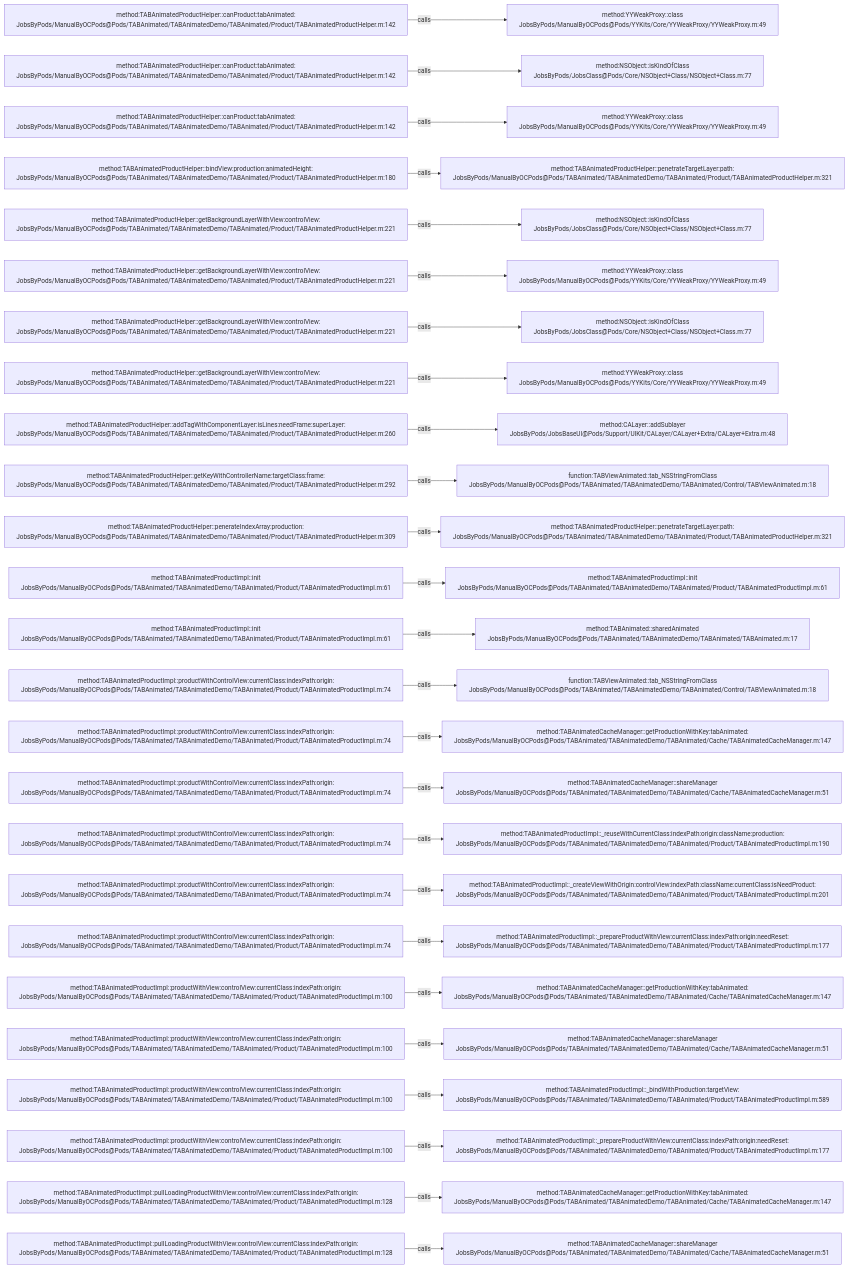
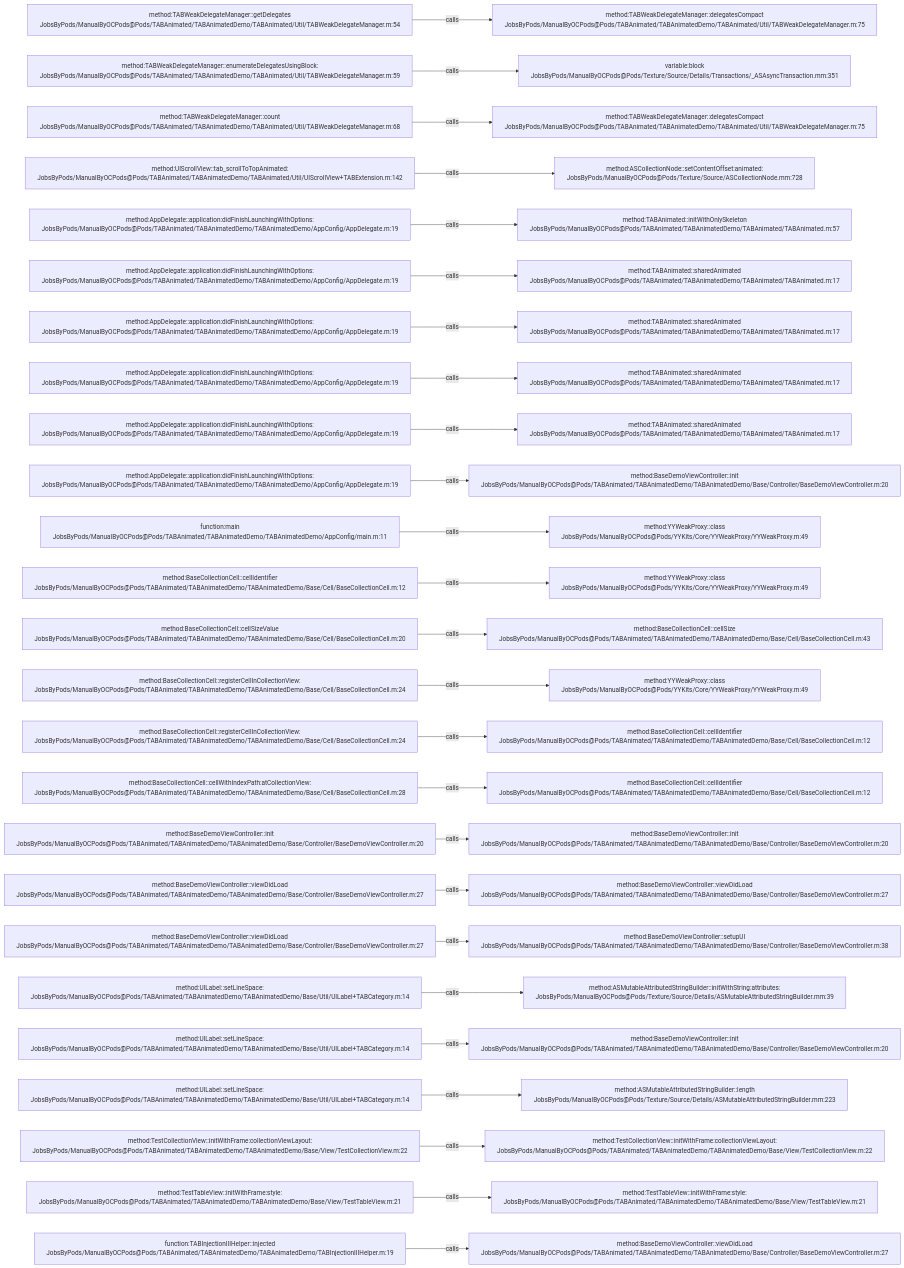
The diagram in .codegraph/codegraph.md/graphs/calls-032.md (JobsKits/JobsOCBaseConfigDemo), drawn with Mermaid before and after one commit. The commit also changed 1448 other files, not shown here.

````diff
--- a/.codegraph/codegraph.md/graphs/calls-032.md
+++ b/.codegraph/codegraph.md/graphs/calls-032.md
@@ -13,78 +13,78 @@
 ```mermaid
 flowchart LR
-  S1["method:TABAnimatedProductHelper::canProduct:tabAnimated:<br/>JobsByPods/ManualByOCPods@Pods/TABAnimated/TABAnimatedDemo/TABAnimated/Product/TABAnimatedProductHelper.m:142"]
-  T1["method:YYWeakProxy::class<br/>JobsByPods/ManualByOCPods@Pods/YYKits/Core/YYWeakProxy/YYWeakProxy.m:49"]
+  S1["method:TABWeakDelegateManager::getDelegates<br/>JobsByPods/ManualByOCPods@Pods/TABAnimated/TABAnimatedDemo/TABAnimated/Util/TABWeakDelegateManager.m:54"]
+  T1["method:TABWeakDelegateManager::delegatesCompact<br/>JobsByPods/ManualByOCPods@Pods/TABAnimated/TABAnimatedDemo/TABAnimated/Util/TABWeakDelegateManager.m:75"]
   S1 -->|calls| T1
-  S2["method:TABAnimatedProductHelper::canProduct:tabAnimated:<br/>JobsByPods/ManualByOCPods@Pods/TABAnimated/TABAnimatedDemo/TABAnimated/Product/TABAnimatedProductHelper.m:142"]
-  T2["method:NSObject::isKindOfClass<br/>JobsByPods/JobsClass@Pods/Core/NSObject+Class/NSObject+Class.m:77"]
+  S2["method:TABWeakDelegateManager::enumerateDelegatesUsingBlock:<br/>JobsByPods/ManualByOCPods@Pods/TABAnimated/TABAnimatedDemo/TABAnimated/Util/TABWeakDelegateManager.m:59"]
+  T2["variable:block<br/>JobsByPods/ManualByOCPods@Pods/Texture/Source/Details/Transactions/_ASAsyncTransaction.mm:351"]
   S2 -->|calls| T2
-  S3["method:TABAnimatedProductHelper::canProduct:tabAnimated:<br/>JobsByPods/ManualByOCPods@Pods/TABAnimated/TABAnimatedDemo/TABAnimated/Product/TABAnimatedProductHelper.m:142"]
-  T3["method:YYWeakProxy::class<br/>JobsByPods/ManualByOCPods@Pods/YYKits/Core/YYWeakProxy/YYWeakProxy.m:49"]
+  S3["method:TABWeakDelegateManager::count<br/>JobsByPods/ManualByOCPods@Pods/TABAnimated/TABAnimatedDemo/TABAnimated/Util/TABWeakDelegateManager.m:68"]
+  T3["method:TABWeakDelegateManager::delegatesCompact<br/>JobsByPods/ManualByOCPods@Pods/TABAnimated/TABAnimatedDemo/TABAnimated/Util/TABWeakDelegateManager.m:75"]
   S3 -->|calls| T3
-  S4["method:TABAnimatedProductHelper::bindView:production:animatedHeight:<br/>JobsByPods/ManualByOCPods@Pods/TABAnimated/TABAnimatedDemo/TABAnimated/Product/TABAnimatedProductHelper.m:180"]
-  T4["method:TABAnimatedProductHelper::penetrateTargetLayer:path:<br/>JobsByPods/ManualByOCPods@Pods/TABAnimated/TABAnimatedDemo/TABAnimated/Product/TABAnimatedProductHelper.m:321"]
+  S4["method:UIScrollView::tab_scrollToTopAnimated:<br/>JobsByPods/ManualByOCPods@Pods/TABAnimated/TABAnimatedDemo/TABAnimated/Util/UIScrollView+TABExtension.m:142"]
+  T4["method:ASCollectionNode::setContentOffset:animated:<br/>JobsByPods/ManualByOCPods@Pods/Texture/Source/ASCollectionNode.mm:728"]
   S4 -->|calls| T4
-  S5["method:TABAnimatedProductHelper::getBackgroundLayerWithView:controlView:<br/>JobsByPods/ManualByOCPods@Pods/TABAnimated/TABAnimatedDemo/TABAnimated/Product/TABAnimatedProductHelper.m:221"]
-  T5["method:NSObject::isKindOfClass<br/>JobsByPods/JobsClass@Pods/Core/NSObject+Class/NSObject+Class.m:77"]
+  S5["method:AppDelegate::application:didFinishLaunchingWithOptions:<br/>JobsByPods/ManualByOCPods@Pods/TABAnimated/TABAnimatedDemo/TABAnimatedDemo/AppConfig/AppDelegate.m:19"]
+  T5["method:TABAnimated::initWithOnlySkeleton<br/>JobsByPods/ManualByOCPods@Pods/TABAnimated/TABAnimatedDemo/TABAnimated/TABAnimated.m:57"]
   S5 -->|calls| T5
-  S6["method:TABAnimatedProductHelper::getBackgroundLayerWithView:controlView:<br/>JobsByPods/ManualByOCPods@Pods/TABAnimated/TABAnimatedDemo/TABAnimated/Product/TABAnimatedProductHelper.m:221"]
-  T6["method:YYWeakProxy::class<br/>JobsByPods/ManualByOCPods@Pods/YYKits/Core/YYWeakProxy/YYWeakProxy.m:49"]
+  S6["method:AppDelegate::application:didFinishLaunchingWithOptions:<br/>JobsByPods/ManualByOCPods@Pods/TABAnimated/TABAnimatedDemo/TABAnimatedDemo/AppConfig/AppDelegate.m:19"]
+  T6["method:TABAnimated::sharedAnimated<br/>JobsByPods/ManualByOCPods@Pods/TABAnimated/TABAnimatedDemo/TABAnimated/TABAnimated.m:17"]
   S6 -->|calls| T6
-  S7["method:TABAnimatedProductHelper::getBackgroundLayerWithView:controlView:<br/>JobsByPods/ManualByOCPods@Pods/TABAnimated/TABAnimatedDemo/TABAnimated/Product/TABAnimatedProductHelper.m:221"]
-  T7["method:NSObject::isKindOfClass<br/>JobsByPods/JobsClass@Pods/Core/NSObject+Class/NSObject+Class.m:77"]
+  S7["method:AppDelegate::application:didFinishLaunchingWithOptions:<br/>JobsByPods/ManualByOCPods@Pods/TABAnimated/TABAnimatedDemo/TABAnimatedDemo/AppConfig/AppDelegate.m:19"]
+  T7["method:TABAnimated::sharedAnimated<br/>JobsByPods/ManualByOCPods@Pods/TABAnimated/TABAnimatedDemo/TABAnimated/TABAnimated.m:17"]
   S7 -->|calls| T7
-  S8["method:TABAnimatedProductHelper::getBackgroundLayerWithView:controlView:<br/>JobsByPods/ManualByOCPods@Pods/TABAnimated/TABAnimatedDemo/TABAnimated/Product/TABAnimatedProductHelper.m:221"]
-  T8["method:YYWeakProxy::class<br/>JobsByPods/ManualByOCPods@Pods/YYKits/Core/YYWeakProxy/YYWeakProxy.m:49"]
+  S8["method:AppDelegate::application:didFinishLaunchingWithOptions:<br/>JobsByPods/ManualByOCPods@Pods/TABAnimated/TABAnimatedDemo/TABAnimatedDemo/AppConfig/AppDelegate.m:19"]
+  T8["method:TABAnimated::sharedAnimated<br/>JobsByPods/ManualByOCPods@Pods/TABAnimated/TABAnimatedDemo/TABAnimated/TABAnimated.m:17"]
   S8 -->|calls| T8
-  S9["method:TABAnimatedProductHelper::addTagWithComponentLayer:isLines:needFrame:superLayer:<br/>JobsByPods/ManualByOCPods@Pods/TABAnimated/TABAnimatedDemo/TABAnimated/Product/TABAnimatedProductHelper.m:260"]
-  T9["method:CALayer::addSublayer<br/>JobsByPods/JobsBaseUI@Pods/Support/UIKit/CALayer/CALayer+Extra/CALayer+Extra.m:48"]
+  S9["method:AppDelegate::application:didFinishLaunchingWithOptions:<br/>JobsByPods/ManualByOCPods@Pods/TABAnimated/TABAnimatedDemo/TABAnimatedDemo/AppConfig/AppDelegate.m:19"]
+  T9["method:TABAnimated::sharedAnimated<br/>JobsByPods/ManualByOCPods@Pods/TABAnimated/TABAnimatedDemo/TABAnimated/TABAnimated.m:17"]
   S9 -->|calls| T9
-  S10["method:TABAnimatedProductHelper::getKeyWithControllerName:targetClass:frame:<br/>JobsByPods/ManualByOCPods@Pods/TABAnimated/TABAnimatedDemo/TABAnimated/Product/TABAnimatedProductHelper.m:292"]
-  T10["function:TABViewAnimated::tab_NSStringFromClass<br/>JobsByPods/ManualByOCPods@Pods/TABAnimated/TABAnimatedDemo/TABAnimated/Control/TABViewAnimated.m:18"]
+  S10["method:AppDelegate::application:didFinishLaunchingWithOptions:<br/>JobsByPods/ManualByOCPods@Pods/TABAnimated/TABAnimatedDemo/TABAnimatedDemo/AppConfig/AppDelegate.m:19"]
+  T10["method:BaseDemoViewController::init<br/>JobsByPods/ManualByOCPods@Pods/TABAnimated/TABAnimatedDemo/TABAnimatedDemo/Base/Controller/BaseDemoViewController.m:20"]
   S10 -->|calls| T10
-  S11["method:TABAnimatedProductHelper::penerateIndexArray:production:<br/>JobsByPods/ManualByOCPods@Pods/TABAnimated/TABAnimatedDemo/TABAnimated/Product/TABAnimatedProductHelper.m:309"]
-  T11["method:TABAnimatedProductHelper::penetrateTargetLayer:path:<br/>JobsByPods/ManualByOCPods@Pods/TABAnimated/TABAnimatedDemo/TABAnimated/Product/TABAnimatedProductHelper.m:321"]
+  S11["function:main<br/>JobsByPods/ManualByOCPods@Pods/TABAnimated/TABAnimatedDemo/TABAnimatedDemo/AppConfig/main.m:11"]
+  T11["method:YYWeakProxy::class<br/>JobsByPods/ManualByOCPods@Pods/YYKits/Core/YYWeakProxy/YYWeakProxy.m:49"]
   S11 -->|calls| T11
-  S12["method:TABAnimatedProductImpl::init<br/>JobsByPods/ManualByOCPods@Pods/TABAnimated/TABAnimatedDemo/TABAnimated/Product/TABAnimatedProductImpl.m:61"]
-  T12["method:TABAnimatedProductImpl::init<br/>JobsByPods/ManualByOCPods@Pods/TABAnimated/TABAnimatedDemo/TABAnimated/Product/TABAnimatedProductImpl.m:61"]
+  S12["method:BaseCollectionCell::cellIdentifier<br/>JobsByPods/ManualByOCPods@Pods/TABAnimated/TABAnimatedDemo/TABAnimatedDemo/Base/Cell/BaseCollectionCell.m:12"]
+  T12["method:YYWeakProxy::class<br/>JobsByPods/ManualByOCPods@Pods/YYKits/Core/YYWeakProxy/YYWeakProxy.m:49"]
   S12 -->|calls| T12
-  S13["method:TABAnimatedProductImpl::init<br/>JobsByPods/ManualByOCPods@Pods/TABAnimated/TABAnimatedDemo/TABAnimated/Product/TABAnimatedProductImpl.m:61"]
-  T13["method:TABAnimated::sharedAnimated<br/>JobsByPods/ManualByOCPods@Pods/TABAnimated/TABAnimatedDemo/TABAnimated/TABAnimated.m:17"]
+  S13["method:BaseCollectionCell::cellSizeValue<br/>JobsByPods/ManualByOCPods@Pods/TABAnimated/TABAnimatedDemo/TABAnimatedDemo/Base/Cell/BaseCollectionCell.m:20"]
+  T13["method:BaseCollectionCell::cellSize<br/>JobsByPods/ManualByOCPods@Pods/TABAnimated/TABAnimatedDemo/TABAnimatedDemo/Base/Cell/BaseCollectionCell.m:43"]
   S13 -->|calls| T13
-  S14["method:TABAnimatedProductImpl::productWithControlView:currentClass:indexPath:origin:<br/>JobsByPods/ManualByOCPods@Pods/TABAnimated/TABAnimatedDemo/TABAnimated/Product/TABAnimatedProductImpl.m:74"]
-  T14["function:TABViewAnimated::tab_NSStringFromClass<br/>JobsByPods/ManualByOCPods@Pods/TABAnimated/TABAnimatedDemo/TABAnimated/Control/TABViewAnimated.m:18"]
+  S14["method:BaseCollectionCell::registerCellInCollectionView:<br/>JobsByPods/ManualByOCPods@Pods/TABAnimated/TABAnimatedDemo/TABAnimatedDemo/Base/Cell/BaseCollectionCell.m:24"]
+  T14["method:YYWeakProxy::class<br/>JobsByPods/ManualByOCPods@Pods/YYKits/Core/YYWeakProxy/YYWeakProxy.m:49"]
   S14 -->|calls| T14
-  S15["method:TABAnimatedProductImpl::productWithControlView:currentClass:indexPath:origin:<br/>JobsByPods/ManualByOCPods@Pods/TABAnimated/TABAnimatedDemo/TABAnimated/Product/TABAnimatedProductImpl.m:74"]
-  T15["method:TABAnimatedCacheManager::getProductionWithKey:tabAnimated:<br/>JobsByPods/ManualByOCPods@Pods/TABAnimated/TABAnimatedDemo/TABAnimated/Cache/TABAnimatedCacheManager.m:147"]
+  S15["method:BaseCollectionCell::registerCellInCollectionView:<br/>JobsByPods/ManualByOCPods@Pods/TABAnimated/TABAnimatedDemo/TABAnimatedDemo/Base/Cell/BaseCollectionCell.m:24"]
+  T15["method:BaseCollectionCell::cellIdentifier<br/>JobsByPods/ManualByOCPods@Pods/TABAnimated/TABAnimatedDemo/TABAnimatedDemo/Base/Cell/BaseCollectionCell.m:12"]
   S15 -->|calls| T15
-  S16["method:TABAnimatedProductImpl::productWithControlView:currentClass:indexPath:origin:<br/>JobsByPods/ManualByOCPods@Pods/TABAnimated/TABAnimatedDemo/TABAnimated/Product/TABAnimatedProductImpl.m:74"]
-  T16["method:TABAnimatedCacheManager::shareManager<br/>JobsByPods/ManualByOCPods@Pods/TABAnimated/TABAnimatedDemo/TABAnimated/Cache/TABAnimatedCacheManager.m:51"]
+  S16["method:BaseCollectionCell::cellWithIndexPath:atCollectionView:<br/>JobsByPods/ManualByOCPods@Pods/TABAnimated/TABAnimatedDemo/TABAnimatedDemo/Base/Cell/BaseCollectionCell.m:28"]
+  T16["method:BaseCollectionCell::cellIdentifier<br/>JobsByPods/ManualByOCPods@Pods/TABAnimated/TABAnimatedDemo/TABAnimatedDemo/Base/Cell/BaseCollectionCell.m:12"]
   S16 -->|calls| T16
-  S17["method:TABAnimatedProductImpl::productWithControlView:currentClass:indexPath:origin:<br/>JobsByPods/ManualByOCPods@Pods/TABAnimated/TABAnimatedDemo/TABAnimated/Product/TABAnimatedProductImpl.m:74"]
-  T17["method:TABAnimatedProductImpl::_reuseWithCurrentClass:indexPath:origin:className:production:<br/>JobsByPods/ManualByOCPods@Pods/TABAnimated/TABAnimatedDemo/TABAnimated/Product/TABAnimatedProductImpl.m:190"]
+  S17["method:BaseDemoViewController::init<br/>JobsByPods/ManualByOCPods@Pods/TABAnimated/TABAnimatedDemo/TABAnimatedDemo/Base/Controller/BaseDemoViewController.m:20"]
+  T17["method:BaseDemoViewController::init<br/>JobsByPods/ManualByOCPods@Pods/TABAnimated/TABAnimatedDemo/TABAnimatedDemo/Base/Controller/BaseDemoViewController.m:20"]
   S17 -->|calls| T17
-  S18["method:TABAnimatedProductImpl::productWithControlView:currentClass:indexPath:origin:<br/>JobsByPods/ManualByOCPods@Pods/TABAnimated/TABAnimatedDemo/TABAnimated/Product/TABAnimatedProductImpl.m:74"]
-  T18["method:TABAnimatedProductImpl::_createViewWithOrigin:controlView:indexPath:className:currentClass:isNeedProduct:<br/>JobsByPods/ManualByOCPods@Pods/TABAnimated/TABAnimatedDemo/TABAnimated/Product/TABAnimatedProductImpl.m:201"]
+  S18["method:BaseDemoViewController::viewDidLoad<br/>JobsByPods/ManualByOCPods@Pods/TABAnimated/TABAnimatedDemo/TABAnimatedDemo/Base/Controller/BaseDemoViewController.m:27"]
+  T18["method:BaseDemoViewController::viewDidLoad<br/>JobsByPods/ManualByOCPods@Pods/TABAnimated/TABAnimatedDemo/TABAnimatedDemo/Base/Controller/BaseDemoViewController.m:27"]
   S18 -->|calls| T18
-  S19["method:TABAnimatedProductImpl::productWithControlView:currentClass:indexPath:origin:<br/>JobsByPods/ManualByOCPods@Pods/TABAnimated/TABAnimatedDemo/TABAnimated/Product/TABAnimatedProductImpl.m:74"]
-  T19["method:TABAnimatedProductImpl::_prepareProductWithView:currentClass:indexPath:origin:needReset:<br/>JobsByPods/ManualByOCPods@Pods/TABAnimated/TABAnimatedDemo/TABAnimated/Product/TABAnimatedProductImpl.m:177"]
+  S19["method:BaseDemoViewController::viewDidLoad<br/>JobsByPods/ManualByOCPods@Pods/TABAnimated/TABAnimatedDemo/TABAnimatedDemo/Base/Controller/BaseDemoViewController.m:27"]
+  T19["method:BaseDemoViewController::setupUI<br/>JobsByPods/ManualByOCPods@Pods/TABAnimated/TABAnimatedDemo/TABAnimatedDemo/Base/Controller/BaseDemoViewController.m:38"]
   S19 -->|calls| T19
-  S20["method:TABAnimatedProductImpl::productWithView:controlView:currentClass:indexPath:origin:<br/>JobsByPods/ManualByOCPods@Pods/TABAnimated/TABAnimatedDemo/TABAnimated/Product/TABAnimatedProductImpl.m:100"]
-  T20["method:TABAnimatedCacheManager::getProductionWithKey:tabAnimated:<br/>JobsByPods/ManualByOCPods@Pods/TABAnimated/TABAnimatedDemo/TABAnimated/Cache/TABAnimatedCacheManager.m:147"]
+  S20["method:UILabel::setLineSpace:<br/>JobsByPods/ManualByOCPods@Pods/TABAnimated/TABAnimatedDemo/TABAnimatedDemo/Base/Util/UILabel+TABCategory.m:14"]
+  T20["method:ASMutableAttributedStringBuilder::initWithString:attributes:<br/>JobsByPods/ManualByOCPods@Pods/Texture/Source/Details/ASMutableAttributedStringBuilder.mm:39"]
   S20 -->|calls| T20
-  S21["method:TABAnimatedProductImpl::productWithView:controlView:currentClass:indexPath:origin:<br/>JobsByPods/ManualByOCPods@Pods/TABAnimated/TABAnimatedDemo/TABAnimated/Product/TABAnimatedProductImpl.m:100"]
-  T21["method:TABAnimatedCacheManager::shareManager<br/>JobsByPods/ManualByOCPods@Pods/TABAnimated/TABAnimatedDemo/TABAnimated/Cache/TABAnimatedCacheManager.m:51"]
+  S21["method:UILabel::setLineSpace:<br/>JobsByPods/ManualByOCPods@Pods/TABAnimated/TABAnimatedDemo/TABAnimatedDemo/Base/Util/UILabel+TABCategory.m:14"]
+  T21["method:BaseDemoViewController::init<br/>JobsByPods/ManualByOCPods@Pods/TABAnimated/TABAnimatedDemo/TABAnimatedDemo/Base/Controller/BaseDemoViewController.m:20"]
   S21 -->|calls| T21
-  S22["method:TABAnimatedProductImpl::productWithView:controlView:currentClass:indexPath:origin:<br/>JobsByPods/ManualByOCPods@Pods/TABAnimated/TABAnimatedDemo/TABAnimated/Product/TABAnimatedProductImpl.m:100"]
-  T22["method:TABAnimatedProductImpl::_bindWithProduction:targetView:<br/>JobsByPods/ManualByOCPods@Pods/TABAnimated/TABAnimatedDemo/TABAnimated/Product/TABAnimatedProductImpl.m:589"]
+  S22["method:UILabel::setLineSpace:<br/>JobsByPods/ManualByOCPods@Pods/TABAnimated/TABAnimatedDemo/TABAnimatedDemo/Base/Util/UILabel+TABCategory.m:14"]
+  T22["method:ASMutableAttributedStringBuilder::length<br/>JobsByPods/ManualByOCPods@Pods/Texture/Source/Details/ASMutableAttributedStringBuilder.mm:223"]
   S22 -->|calls| T22
-  S23["method:TABAnimatedProductImpl::productWithView:controlView:currentClass:indexPath:origin:<br/>JobsByPods/ManualByOCPods@Pods/TABAnimated/TABAnimatedDemo/TABAnimated/Product/TABAnimatedProductImpl.m:100"]
-  T23["method:TABAnimatedProductImpl::_prepareProductWithView:currentClass:indexPath:origin:needReset:<br/>JobsByPods/ManualByOCPods@Pods/TABAnimated/TABAnimatedDemo/TABAnimated/Product/TABAnimatedProductImpl.m:177"]
+  S23["method:TestCollectionView::initWithFrame:collectionViewLayout:<br/>JobsByPods/ManualByOCPods@Pods/TABAnimated/TABAnimatedDemo/TABAnimatedDemo/Base/View/TestCollectionView.m:22"]
+  T23["method:TestCollectionView::initWithFrame:collectionViewLayout:<br/>JobsByPods/ManualByOCPods@Pods/TABAnimated/TABAnimatedDemo/TABAnimatedDemo/Base/View/TestCollectionView.m:22"]
   S23 -->|calls| T23
-  S24["method:TABAnimatedProductImpl::pullLoadingProductWithView:controlView:currentClass:indexPath:origin:<br/>JobsByPods/ManualByOCPods@Pods/TABAnimated/TABAnimatedDemo/TABAnimated/Product/TABAnimatedProductImpl.m:128"]
-  T24["method:TABAnimatedCacheManager::getProductionWithKey:tabAnimated:<br/>JobsByPods/ManualByOCPods@Pods/TABAnimated/TABAnimatedDemo/TABAnimated/Cache/TABAnimatedCacheManager.m:147"]
+  S24["method:TestTableView::initWithFrame:style:<br/>JobsByPods/ManualByOCPods@Pods/TABAnimated/TABAnimatedDemo/TABAnimatedDemo/Base/View/TestTableView.m:21"]
+  T24["method:TestTableView::initWithFrame:style:<br/>JobsByPods/ManualByOCPods@Pods/TABAnimated/TABAnimatedDemo/TABAnimatedDemo/Base/View/TestTableView.m:21"]
   S24 -->|calls| T24
-  S25["method:TABAnimatedProductImpl::pullLoadingProductWithView:controlView:currentClass:indexPath:origin:<br/>JobsByPods/ManualByOCPods@Pods/TABAnimated/TABAnimatedDemo/TABAnimated/Product/TABAnimatedProductImpl.m:128"]
-  T25["method:TABAnimatedCacheManager::shareManager<br/>JobsByPods/ManualByOCPods@Pods/TABAnimated/TABAnimatedDemo/TABAnimated/Cache/TABAnimatedCacheManager.m:51"]
+  S25["function:TABInjectionIIIHelper::injected<br/>JobsByPods/ManualByOCPods@Pods/TABAnimated/TABAnimatedDemo/TABAnimatedDemo/TABInjectionIIIHelper.m:19"]
+  T25["method:BaseDemoViewController::viewDidLoad<br/>JobsByPods/ManualByOCPods@Pods/TABAnimated/TABAnimatedDemo/TABAnimatedDemo/Base/Controller/BaseDemoViewController.m:27"]
   S25 -->|calls| T25
 ```
````
